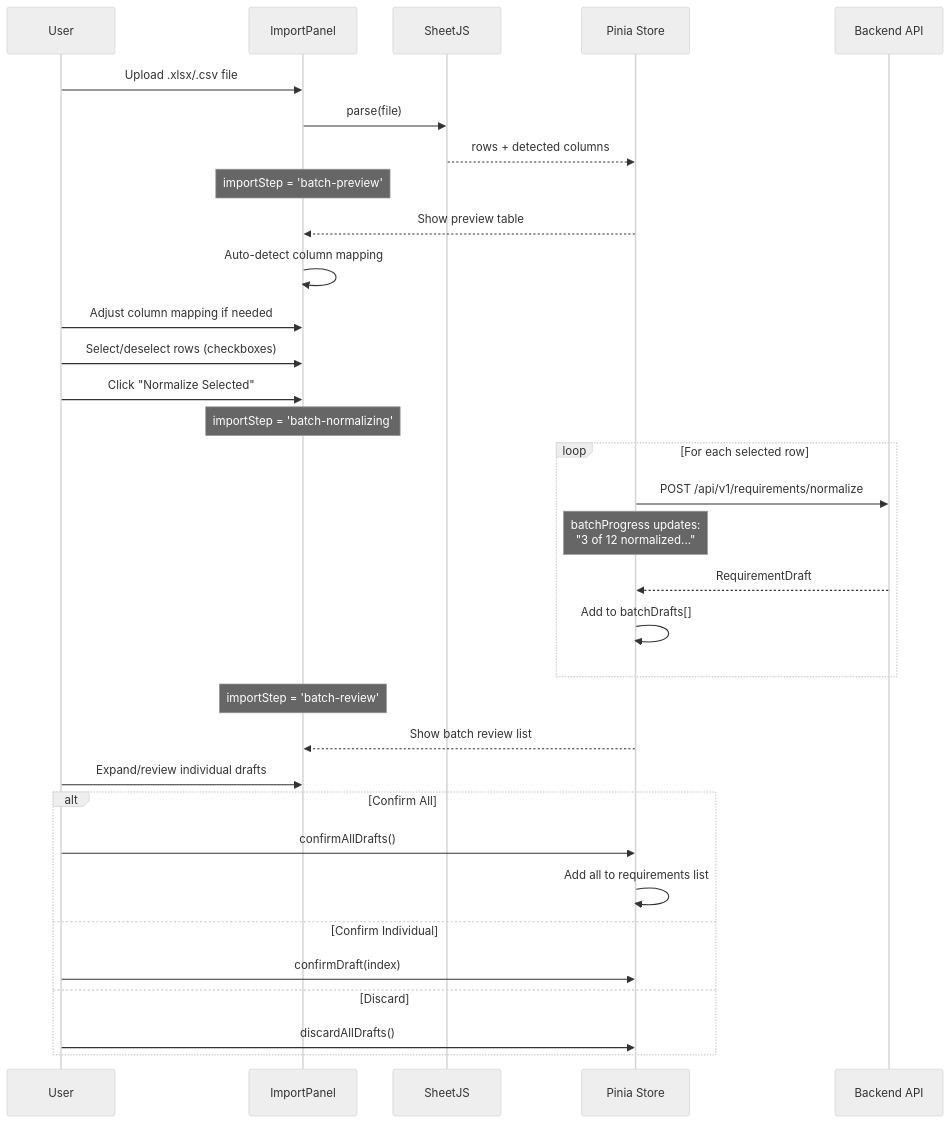
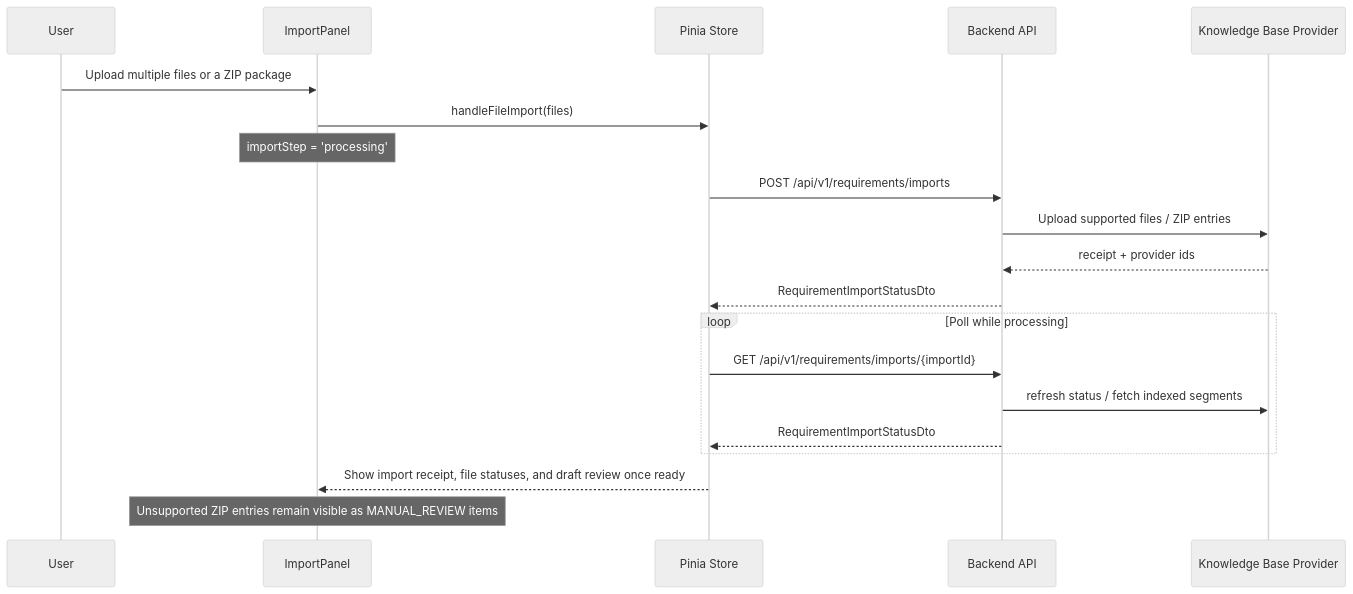
One commit to wwa-lab/Agentic-SDLC-Control-Tower changed diagram 11 of 13 in docs/04-architecture/requirement-data-flow.md. Above: the diagram before and after it, drawn with Mermaid (neutral theme). The commit also changed other lines of this file and 95 other files, not shown here.

Commit message:
feat: add kb-backed requirement intake flow

````diff
--- a/docs/04-architecture/requirement-data-flow.md
+++ b/docs/04-architecture/requirement-data-flow.md
@@ -467,41 +487,26 @@
 ```mermaid
 sequenceDiagram
     participant User
     participant Panel as ImportPanel
-    participant Parser as SheetJS
     participant Store as Pinia Store
     participant API as Backend API
+    participant KB as Knowledge Base Provider
 
-    User->>Panel: Upload .xlsx/.csv file
-    Panel->>Parser: parse(file)
-    Parser-->>Store: rows + detected columns
-    Note over Panel: importStep = 'batch-preview'
+    User->>Panel: Upload multiple files or a ZIP package
+    Panel->>Store: handleFileImport(files)
+    Note over Panel: importStep = 'processing'
 
-    Store-->>Panel: Show preview table
-    Panel->>Panel: Auto-detect column mapping
-    User->>Panel: Adjust column mapping if needed
-    User->>Panel: Select/deselect rows (checkboxes)
-    User->>Panel: Click "Normalize Selected"
-    Note over Panel: importStep = 'batch-normalizing'
+    Store->>API: POST /api/v1/requirements/imports
+    API->>KB: Upload supported files / ZIP entries
+    KB-->>API: receipt + provider ids
+    API-->>Store: RequirementImportStatusDto
 
-    loop For each selected row
-        Store->>API: POST /api/v1/requirements/normalize
-        Note over Store: batchProgress updates:<br/>"3 of 12 normalized..."
-        API-->>Store: RequirementDraft
-        Store->>Store: Add to batchDrafts[]
+    loop Poll while processing
+        Store->>API: GET /api/v1/requirements/imports/{importId}
+        API->>KB: refresh status / fetch indexed segments
+        API-->>Store: RequirementImportStatusDto
     end
 
-    Note over Panel: importStep = 'batch-review'
-    Store-->>Panel: Show batch review list
-
-    User->>Panel: Expand/review individual drafts
-
-    alt Confirm All
-        User->>Store: confirmAllDrafts()
-        Store->>Store: Add all to requirements list
-    else Confirm Individual
-        User->>Store: confirmDraft(index)
-    else Discard
-        User->>Store: discardAllDrafts()
-    end
+    Store-->>Panel: Show import receipt, file statuses, and draft review once ready
+    Note over Panel: Unsupported ZIP entries remain visible as MANUAL_REVIEW items
 ```
````
